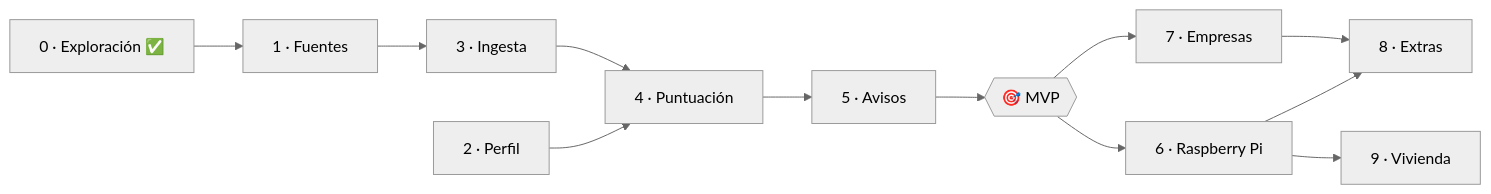
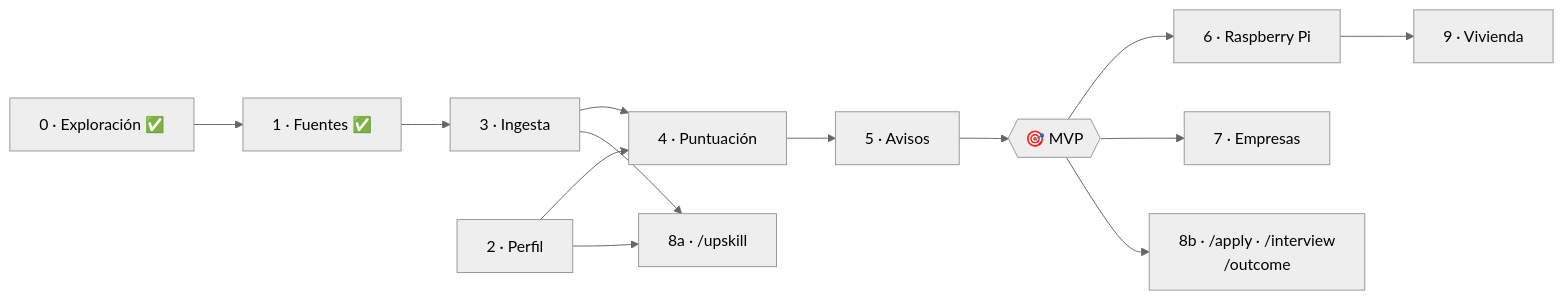
One commit to rubenhig/job-radar changed the second of 2 diagrams in docs/arquitectura.md. Above: the diagram before and after it, drawn with Mermaid (neutral theme). The commit also changed other lines of this file and 3 other files, not shown here.

````diff
--- a/docs/arquitectura.md
+++ b/docs/arquitectura.md
@@ -104,12 +118,13 @@
 ```mermaid
 flowchart LR
-    F0[0 · Exploración ✅] --> F1[1 · Fuentes]
+    F0[0 · Exploración ✅] --> F1[1 · Fuentes ✅]
     F1 --> F3[3 · Ingesta]
     F2[2 · Perfil] --> F4[4 · Puntuación]
     F3 --> F4 --> F5[5 · Avisos]
     F5 --> MVP{{🎯 MVP}}
+    F3 & F2 --> F8a["8a · /upskill"]
     MVP --> F6[6 · Raspberry Pi]
     MVP --> F7[7 · Empresas]
-    F6 & F7 --> F8[8 · Extras]
+    MVP --> F8b["8b · /apply · /interview<br/>/outcome"]
     F6 --> F9[9 · Vivienda]
 ```
````
